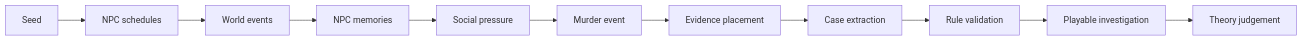
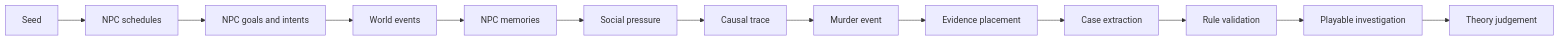
The diagram in README.md (wangyufanshuai/detective-novel-lab), drawn with Mermaid before and after one commit. The commit also changed other lines of this file and 19 other files, not shown here.

````diff
--- a/README.md
+++ b/README.md
@@ -61,13 +74,15 @@
 ```mermaid
 flowchart LR
   A["Seed"] --> B["NPC schedules"]
-  B --> C["World events"]
-  C --> D["NPC memories"]
-  D --> E["Social pressure"]
-  E --> F["Murder event"]
-  F --> G["Evidence placement"]
-  G --> H["Case extraction"]
-  H --> I["Rule validation"]
-  I --> J["Playable investigation"]
-  J --> K["Theory judgement"]
+  B --> C["NPC goals and intents"]
+  C --> D["World events"]
+  D --> E["NPC memories"]
+  E --> F["Social pressure"]
+  F --> G["Causal trace"]
+  G --> H["Murder event"]
+  H --> I["Evidence placement"]
+  I --> J["Case extraction"]
+  J --> K["Rule validation"]
+  K --> L["Playable investigation"]
+  L --> M["Theory judgement"]
 ```
````
